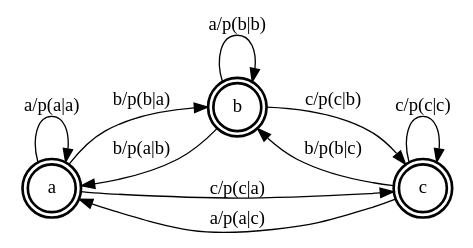
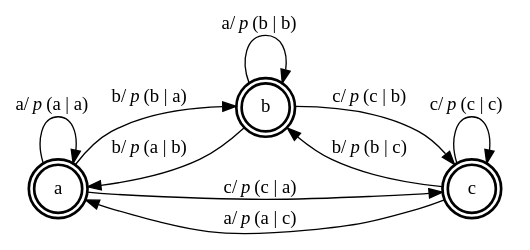
One commit to awni/automata_ml changed the diagram in figures/bigram.dot. Above: the diagram before and after it, drawn with Graphviz. The commit also changed 11 other files, not shown here.

```diff
--- a/figures/bigram.dot
+++ b/figures/bigram.dot
@@ -1,20 +1,20 @@
 digraph FST {
   margin = 0;
   rankdir = LR;
   label = "";
   center = 1;
   ranksep = "0.5";
   nodesep = "0.45";
   0 [label = "a", shape = doublecircle, penwidth = 2.0, fontsize = 14];
-  0 -> 0 [label = "a/p(a|a)", fontsize = 14];
-  0 -> 1 [label = "b/p(b|a)", fontsize = 14];
-  0 -> 2 [label = "c/p(c|a)", fontsize = 14];
+  0 -> 0 [label = <a/<i>p</i>(a | a)>, fontsize = 14];
+  0 -> 1 [label = <b/<i>p</i>(b | a)>, fontsize = 14];
+  0 -> 2 [label = <c/<i>p</i>(c | a)>, fontsize = 14];
   1 [label = "b", shape = doublecircle, penwidth = 2.0, fontsize = 14];
-  1 -> 1 [label = "a/p(b|b)", fontsize = 14];
-  1 -> 0 [label = "b/p(a|b)", fontsize = 14];
-  1 -> 2 [label = "c/p(c|b)", fontsize = 14];
+  1 -> 1 [label = <a/<i>p</i>(b | b)>, fontsize = 14];
+  1 -> 0 [label = <b/<i>p</i>(a | b)>, fontsize = 14];
+  1 -> 2 [label = <c/<i>p</i>(c | b)>, fontsize = 14];
   2 [label = "c", shape = doublecircle, penwidth = 2.0, fontsize = 14];
-  2 -> 2 [label = "c/p(c|c)", fontsize = 14];
-  2 -> 0 [label = "a/p(a|c)", fontsize = 14];
-  2 -> 1 [label = "b/p(b|c)", fontsize = 14];
+  2 -> 2 [label = <c/<i>p</i>(c | c)>, fontsize = 14];
+  2 -> 0 [label = <a/<i>p</i>(a | c)>, fontsize = 14];
+  2 -> 1 [label = <b/<i>p</i>(b | c)>, fontsize = 14];
 }
```
